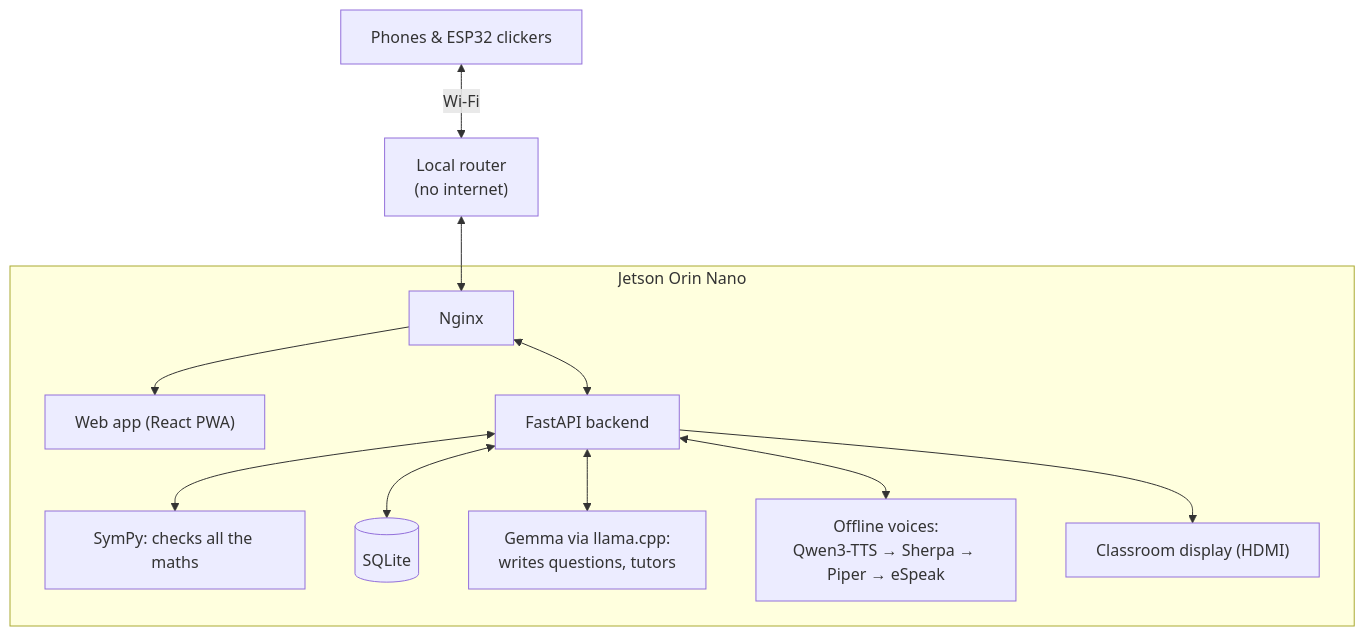
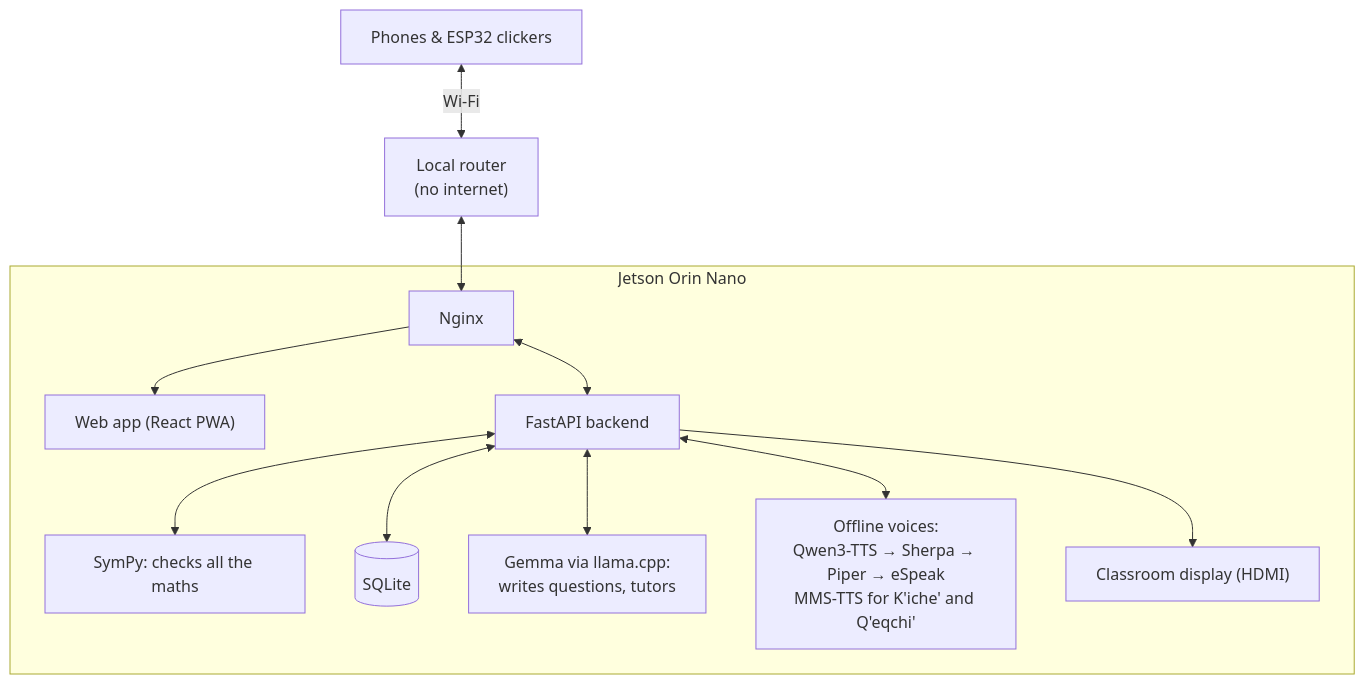
The diagram in README.md (GabGP/TutorBox), drawn with Mermaid before and after one commit. The commit also changed other lines of this file and 47 other files, not shown here.

Commit message:
feat(voice): speak the classroom explanation in Kʼicheʼ and Qʼeqchiʼ with MMS voices on ONNX

````diff
--- a/README.md
+++ b/README.md
@@ -188,14 +188,14 @@
 ```mermaid
 graph TD
     Students["Phones & ESP32 clickers"] <-->|Wi-Fi| Router["Local router<br/>(no internet)"]
     Router <--> Nginx["Nginx"]
     subgraph Box ["Jetson Orin Nano"]
         Nginx --> PWA["Web app (React PWA)"]
         Nginx <--> API["FastAPI backend"]
         API <--> SymPy["SymPy: checks all the maths"]
         API <--> DB[("SQLite")]
         API <--> LLM["Gemma via llama.cpp:<br/>writes questions, tutors"]
-        API <--> Voice["Offline voices:<br/>Qwen3-TTS → Sherpa → Piper → eSpeak"]
+        API <--> Voice["Offline voices:<br/>Qwen3-TTS → Sherpa → Piper → eSpeak<br/>MMS-TTS for K'iche' and Q'eqchi'"]
         API --> HDMI["Classroom display (HDMI)"]
     end
 ```
````
